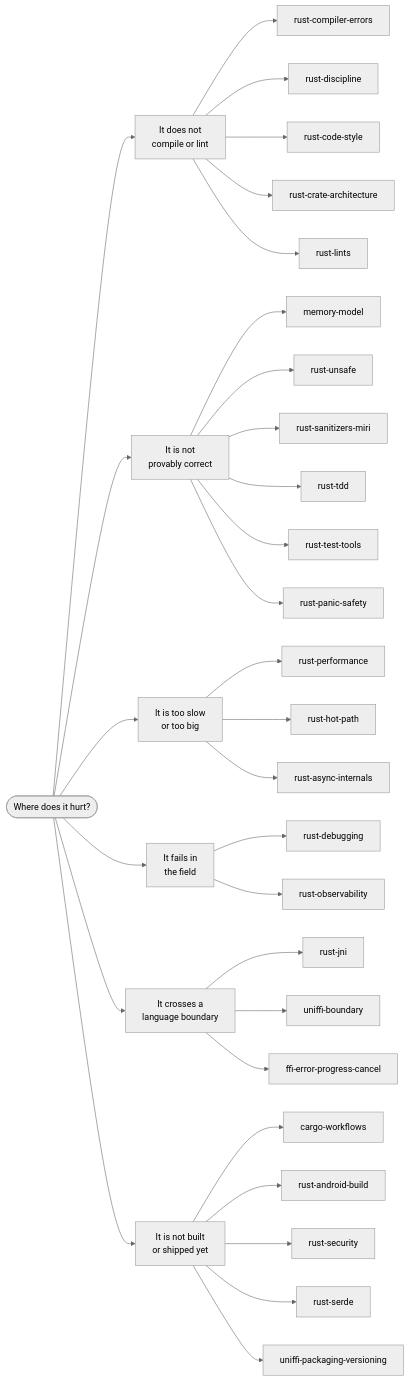
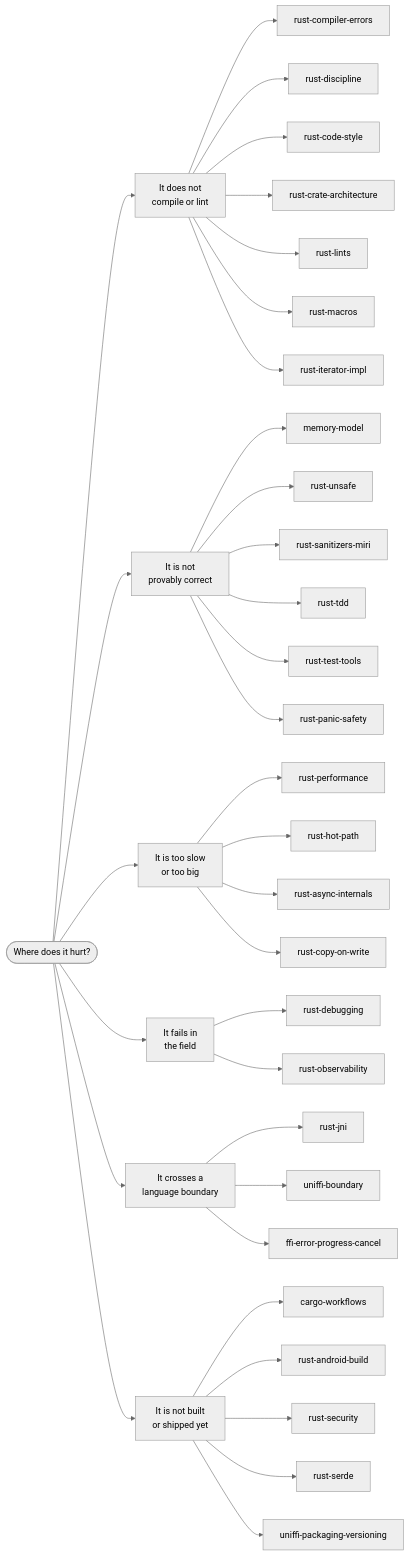
Before and after one commit to po4yka/rust-skills: the diagram in README.md, drawn with Mermaid (neutral theme). The commit also changed other lines of this file and 10 other files, not shown here.

````diff
--- a/README.md
+++ b/README.md
@@ -80,41 +84,44 @@
 ```mermaid
 flowchart LR
     Q(["Where does it hurt?"])
 
     Q --> A["It does not<br/>compile or lint"]
     Q --> B["It is not<br/>provably correct"]
     Q --> C["It is too slow<br/>or too big"]
     Q --> D["It fails in<br/>the field"]
     Q --> E["It crosses a<br/>language boundary"]
     Q --> F["It is not built<br/>or shipped yet"]
 
     A --> A1[rust-compiler-errors]
     A --> A2[rust-discipline]
     A --> A3[rust-code-style]
     A --> A4[rust-crate-architecture]
     A --> A5[rust-lints]
+    A --> A6[rust-macros]
+    A --> A7[rust-iterator-impl]
 
     B --> B1[memory-model]
     B --> B2[rust-unsafe]
     B --> B3[rust-sanitizers-miri]
     B --> B4[rust-tdd]
     B --> B5[rust-test-tools]
     B --> B6[rust-panic-safety]
 
     C --> C1[rust-performance]
     C --> C2[rust-hot-path]
     C --> C3[rust-async-internals]
+    C --> C4[rust-copy-on-write]
 
     D --> D1[rust-debugging]
     D --> D2[rust-observability]
 
     E --> E1[rust-jni]
     E --> E2[uniffi-boundary]
     E --> E3[ffi-error-progress-cancel]
 
     F --> F1[cargo-workflows]
     F --> F2[rust-android-build]
     F --> F3[rust-security]
     F --> F4[rust-serde]
     F --> F5[uniffi-packaging-versioning]
 ```
````
